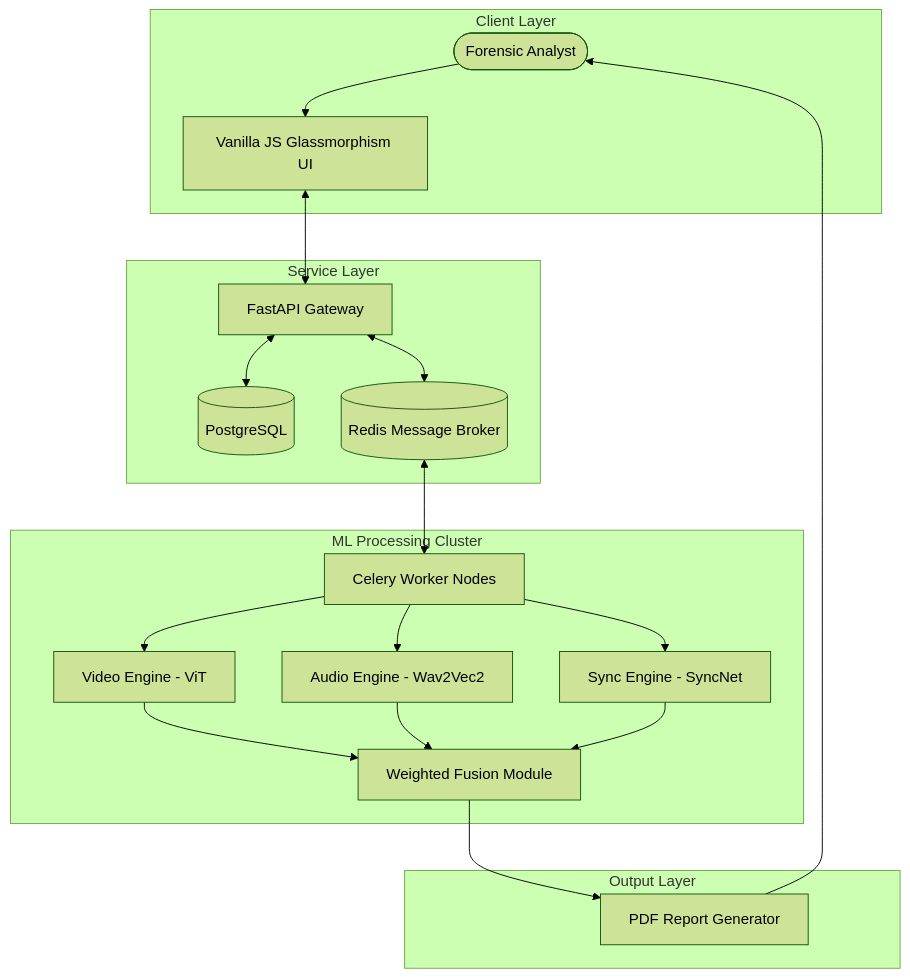
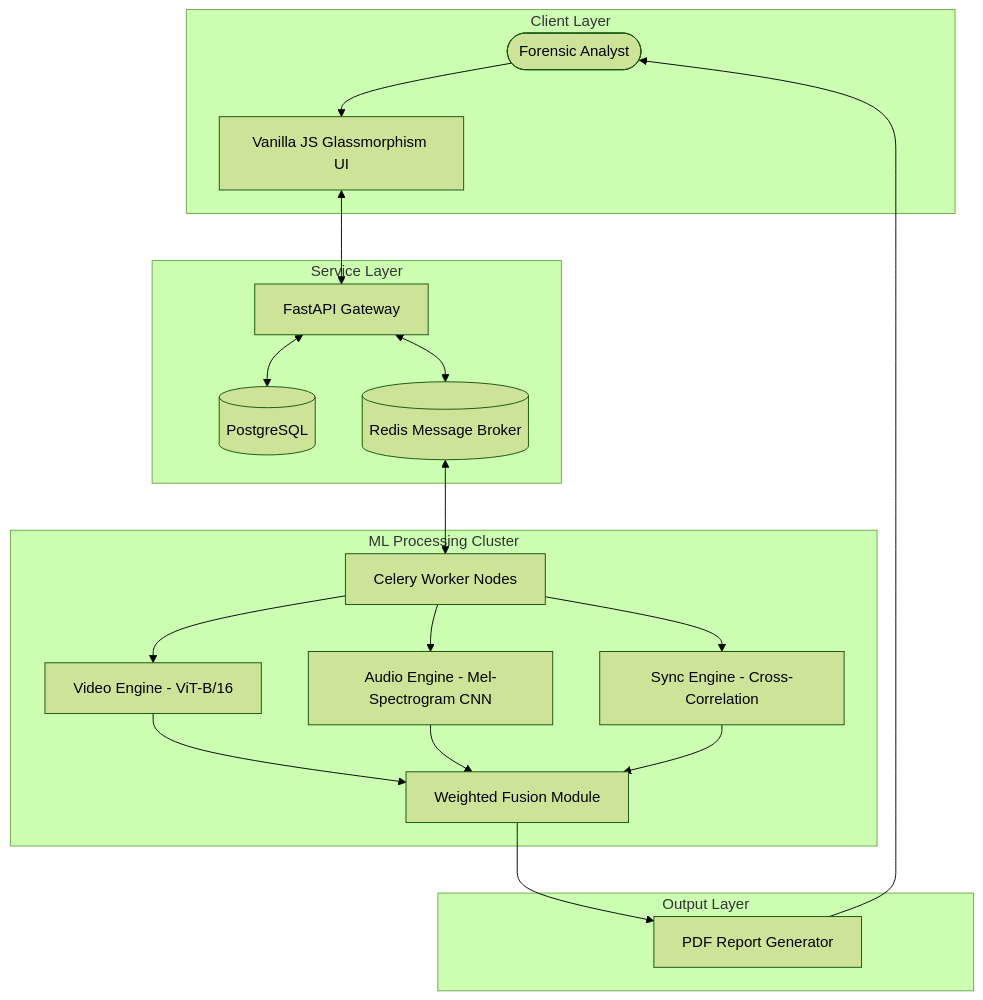
One commit to vtangri/DeepFakeShield changed the first of 2 diagrams in DeepFakeShield_Presentation_Detailed.md. Above: the diagram before and after it, drawn with Mermaid (forest theme). The commit also changed other lines of this file and 4 other files, not shown here.

````diff
--- a/DeepFakeShield_Presentation_Detailed.md
+++ b/DeepFakeShield_Presentation_Detailed.md
@@ -47,25 +47,25 @@
 ```mermaid
 graph TD
     subgraph Client_Space [Client Layer]
         User([Forensic Analyst]) --> Frontend[Vanilla JS Glassmorphism UI]
     end
 
     subgraph Service_Mesh [Service Layer]
         Frontend <--> API[FastAPI Gateway]
         API <--> DB[(PostgreSQL)]
         API <--> Redis[(Redis Message Broker)]
     end
 
     subgraph Analysis_Engine [ML Processing Cluster]
         Redis <--> Worker[Celery Worker Nodes]
-        Worker --> V_Eng[Video Engine - ViT]
-        Worker --> A_Eng[Audio Engine - Wav2Vec2]
-        Worker --> L_Eng[Sync Engine - SyncNet]
+        Worker --> V_Eng[Video Engine - ViT-B/16]
+        Worker --> A_Eng[Audio Engine - Mel-Spectrogram CNN]
+        Worker --> L_Eng[Sync Engine - Cross-Correlation]
         V_Eng & A_Eng & L_Eng --> Fusion[Weighted Fusion Module]
     end
 
     subgraph Delivery [Output Layer]
         Fusion --> PDF[PDF Report Generator]
         PDF --> User
     end
 ```
````
